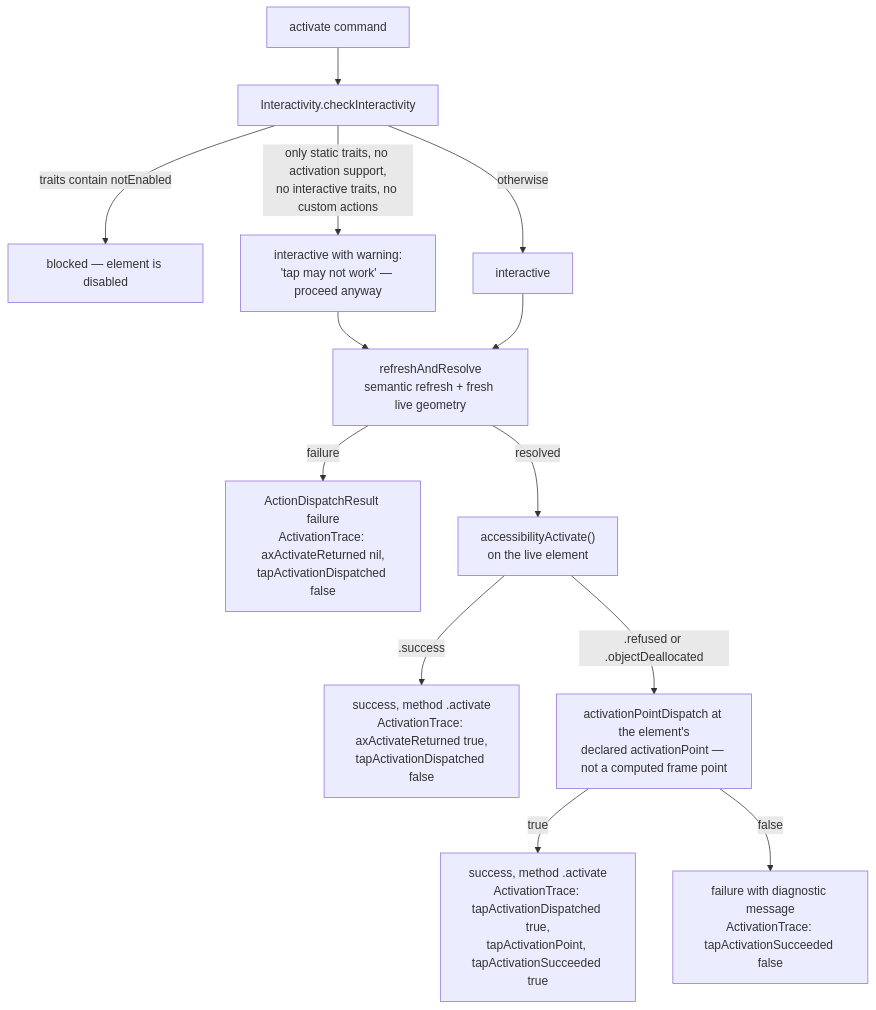
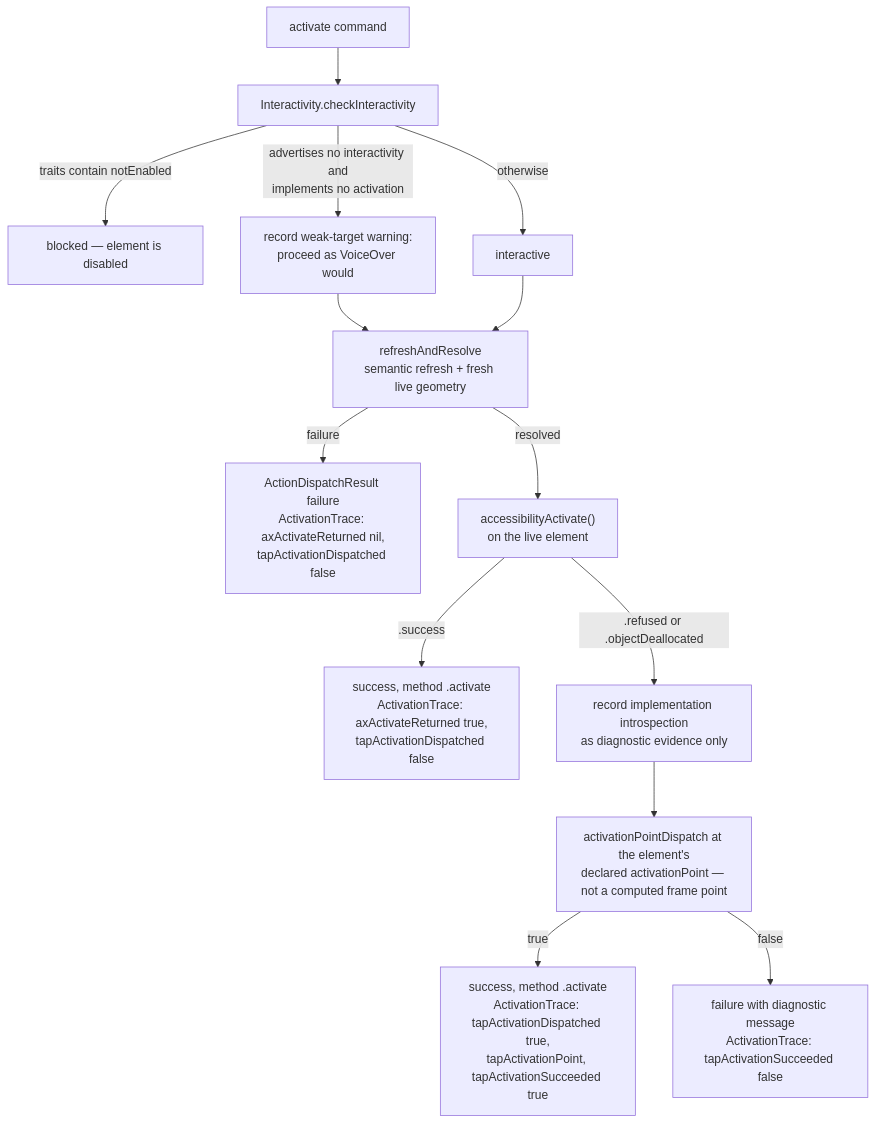
The diagram in docs/diagrams/activation-policy.md (RoyalPineapple/TheButtonHeist), drawn with Mermaid before and after one commit. The commit also changed other lines of this file and 19 other files, not shown here.

First line of the commit message:
Make activate mirror VoiceOver dispatch (#1368)

````diff
--- a/docs/diagrams/activation-policy.md
+++ b/docs/diagrams/activation-policy.md
@@ -8,15 +8,16 @@
 ```mermaid
 flowchart TD
     START["activate command"] --> CHECK["Interactivity.checkInteractivity"]
     CHECK -- "traits contain notEnabled" --> BLOCKED["blocked — element is disabled"]
-    CHECK -- "only static traits, no activation support,<br/>no interactive traits, no custom actions" --> WARN["interactive with warning:<br/>'tap may not work' — proceed anyway"]
+    CHECK -- "advertises no interactivity and<br/>implements no activation" --> WARN["record weak-target warning:<br/>proceed as VoiceOver would"]
     CHECK -- "otherwise" --> PROCEED["interactive"]
     WARN --> REFRESH
     PROCEED --> REFRESH["refreshAndResolve<br/>semantic refresh + fresh live geometry"]
     REFRESH -- "failure" --> FAIL1["ActionDispatchResult failure<br/>ActivationTrace: axActivateReturned nil,<br/>tapActivationDispatched false"]
     REFRESH -- "resolved" --> AXACT["accessibilityActivate()<br/>on the live element"]
     AXACT -- ".success" --> OK1["success, method .activate<br/>ActivationTrace: axActivateReturned true,<br/>tapActivationDispatched false"]
-    AXACT -- ".refused or .objectDeallocated" --> TAP["activationPointDispatch at the element's<br/>declared activationPoint — not a computed frame point"]
+    AXACT -- ".refused or .objectDeallocated" --> DIAG["record implementation introspection<br/>as diagnostic evidence only"]
+    DIAG --> TAP["activationPointDispatch at the element's<br/>declared activationPoint — not a computed frame point"]
     TAP -- "true" --> OK2["success, method .activate<br/>ActivationTrace: tapActivationDispatched true,<br/>tapActivationPoint, tapActivationSucceeded true"]
     TAP -- "false" --> FAIL2["failure with diagnostic message<br/>ActivationTrace: tapActivationSucceeded false"]
 ```
````
